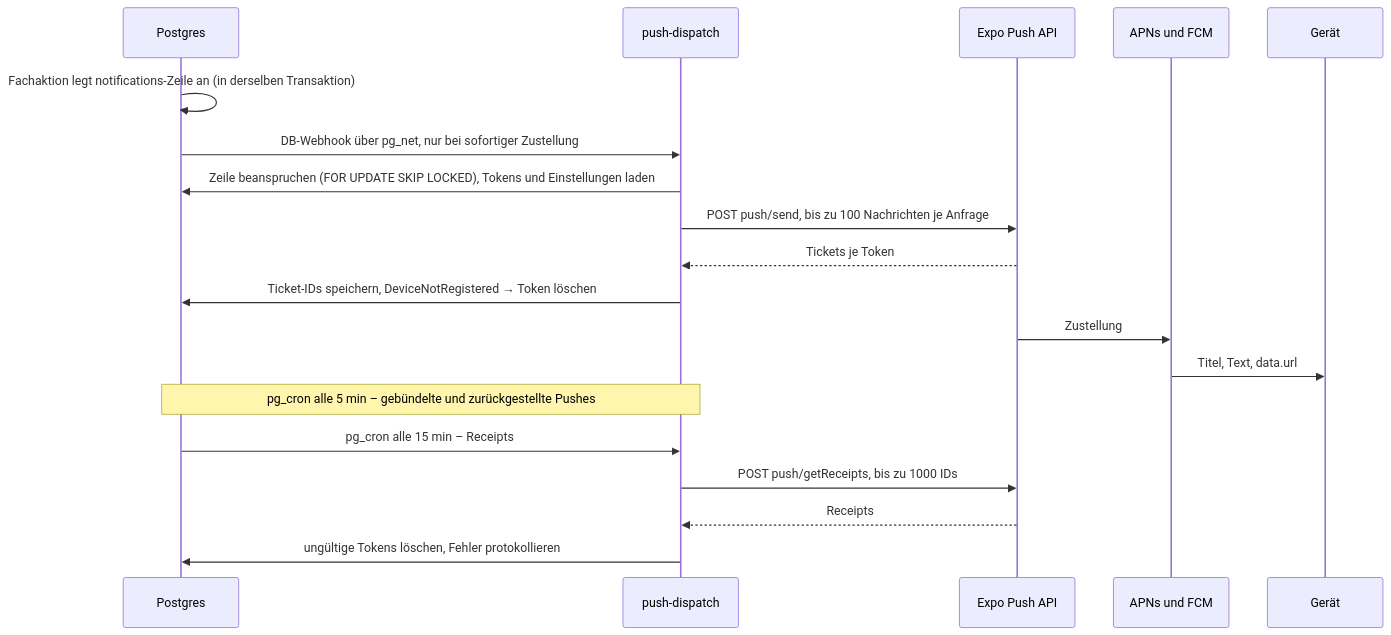
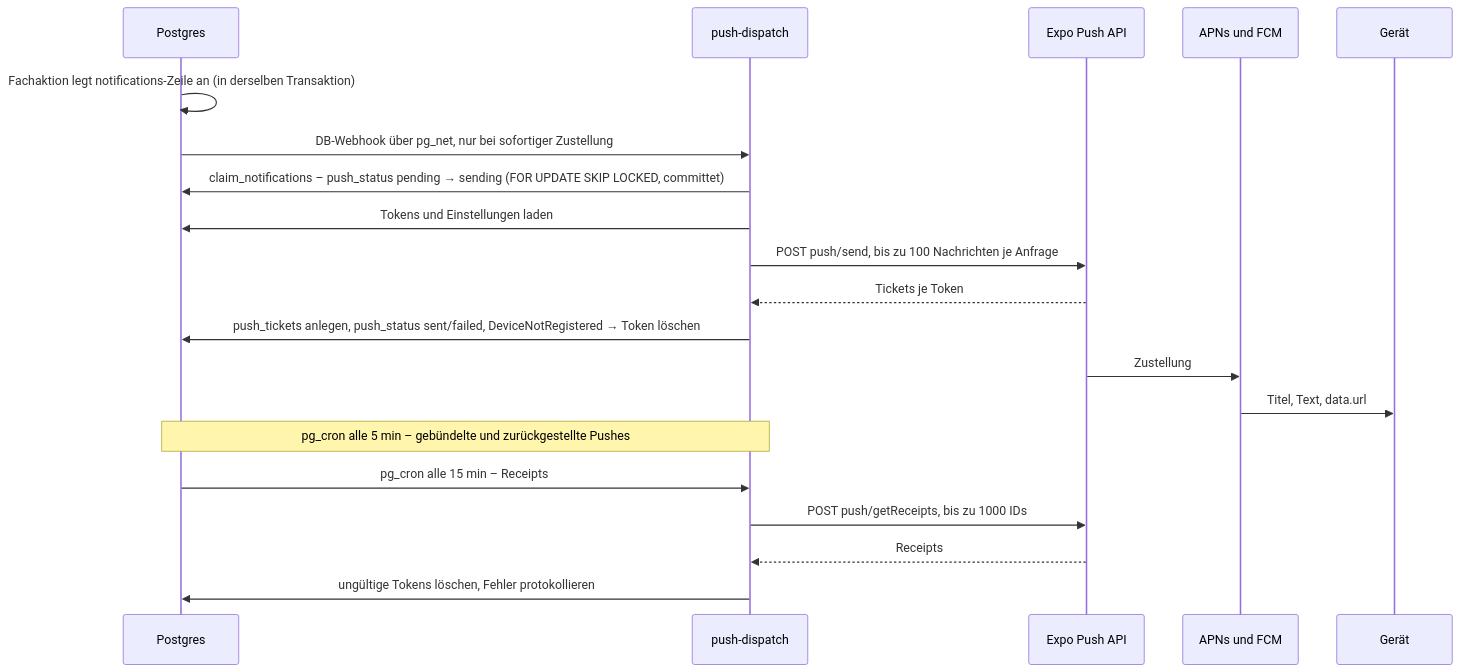
Before and after one commit to Maddin1337/catering-app: the fourth of 7 diagrams in docs/05-architektur.md, drawn with Mermaid. The commit also changed other lines of this file and 5 other files, not shown here.

````diff
--- a/docs/05-architektur.md
+++ b/docs/05-architektur.md
@@ -726,21 +726,22 @@
 ```mermaid
 sequenceDiagram
     participant DB as Postgres
     participant PD as push-dispatch
     participant EX as Expo Push API
     participant P as APNs und FCM
     participant D as Gerät
     DB->>DB: Fachaktion legt notifications-Zeile an (in derselben Transaktion)
     DB->>PD: DB-Webhook über pg_net, nur bei sofortiger Zustellung
-    PD->>DB: Zeile beanspruchen (FOR UPDATE SKIP LOCKED), Tokens und Einstellungen laden
+    PD->>DB: claim_notifications – push_status pending → sending (FOR UPDATE SKIP LOCKED, committet)
+    PD->>DB: Tokens und Einstellungen laden
     PD->>EX: POST push/send, bis zu 100 Nachrichten je Anfrage
     EX-->>PD: Tickets je Token
-    PD->>DB: Ticket-IDs speichern, DeviceNotRegistered → Token löschen
+    PD->>DB: push_tickets anlegen, push_status sent/failed, DeviceNotRegistered → Token löschen
     EX->>P: Zustellung
     P->>D: Titel, Text, data.url
     Note over DB,PD: pg_cron alle 5 min – gebündelte und zurückgestellte Pushes
     DB->>PD: pg_cron alle 15 min – Receipts
     PD->>EX: POST push/getReceipts, bis zu 1000 IDs
     EX-->>PD: Receipts
     PD->>DB: ungültige Tokens löschen, Fehler protokollieren
 ```
````
